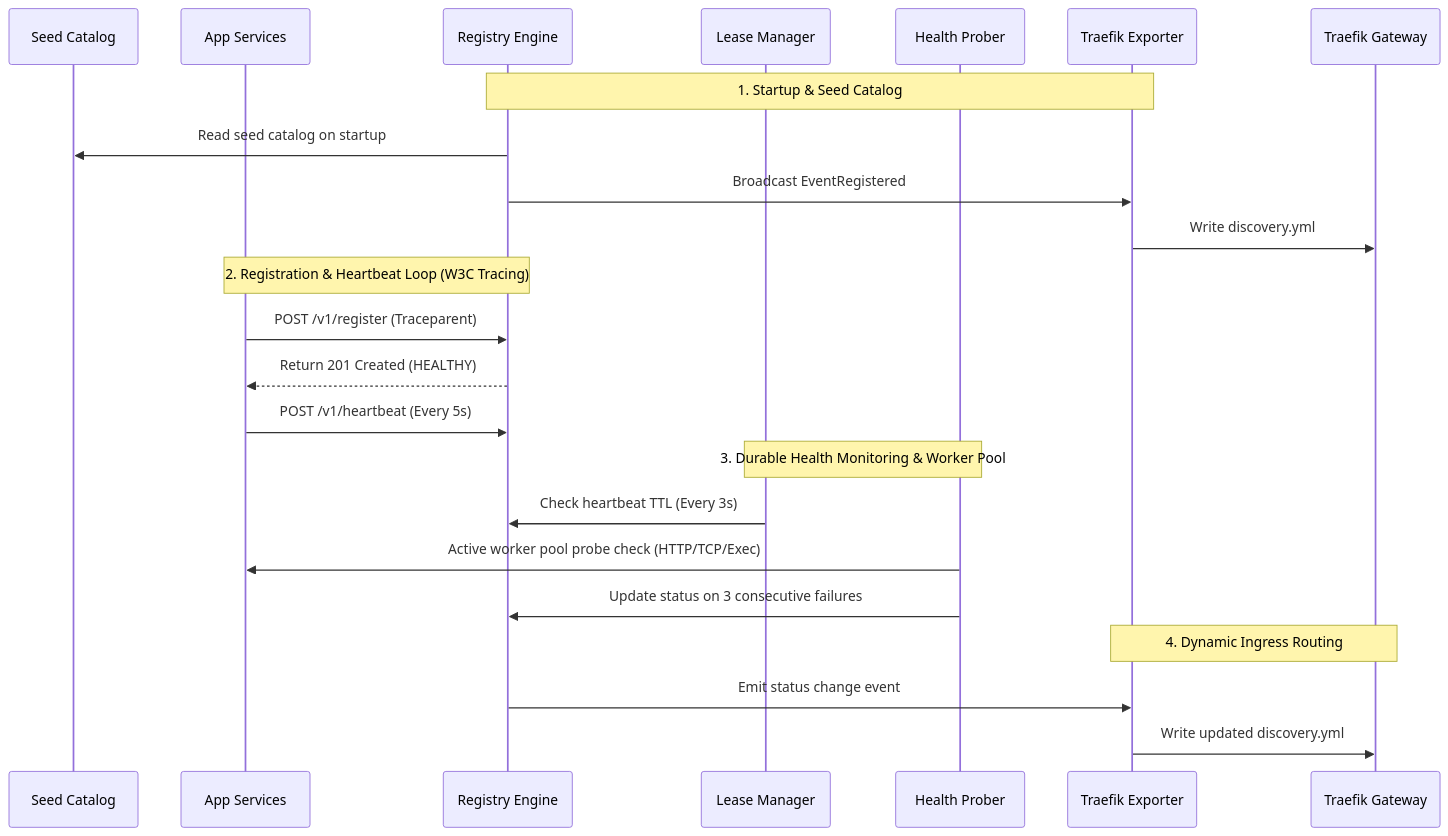
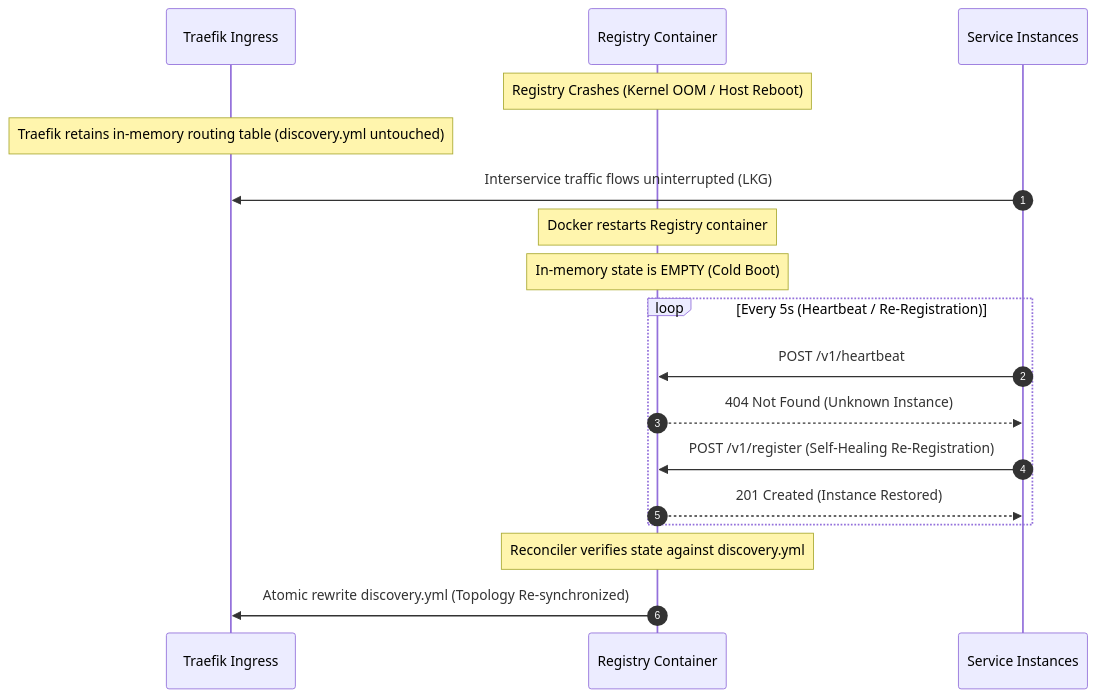
One commit to Chief-Strategist-J/llm-observability-platform changed the fifth of 6 diagrams in packages/configs/llm-obs-infra/docs/architectureDoc/adr-0009-service-registry-and-discovery.md. Above: the diagram before and after it, drawn with Mermaid. The commit also changed other lines of this file and 20 other files, not shown here.

First line of the commit message:
feat(infra): refactor ADR-0009 to v3.0.0 and harden service discovery control plane

````diff
--- a/packages/configs/llm-obs-infra/docs/architectureDoc/adr-0009-service-registry-and-discovery.md
+++ b/packages/configs/llm-obs-infra/docs/architectureDoc/adr-0009-service-registry-and-discovery.md
@@ -169,29 +219,24 @@
 ```mermaid
 sequenceDiagram
-    participant Catalog as Seed Catalog
-    participant App as App Services
-    participant Reg as Registry Engine
-    participant Lease as Lease Manager
-    participant Probe as Health Prober
-    participant Exporter as Traefik Exporter
-    participant Traefik as Traefik Gateway
+    autonumber
+    participant Traefik as Traefik Ingress
+    participant Reg as Registry Container
+    participant App as Service Instances
 
-    Note over Reg, Exporter: 1. Startup & Seed Catalog
-    Reg->>Catalog: Read seed catalog on startup
-    Reg->>Exporter: Broadcast EventRegistered
-    Exporter->>Traefik: Write discovery.yml
+    Note over Reg: Registry Crashes (Kernel OOM / Host Reboot)
+    Note over Traefik: Traefik retains in-memory routing table (discovery.yml untouched)
+    App->>Traefik: Interservice traffic flows uninterrupted (LKG)
 
-    Note over App, Reg: 2. Registration & Heartbeat Loop (W3C Tracing)
-    App->>Reg: POST /v1/register (Traceparent)
-    Reg-->>App: Return 201 Created (HEALTHY)
-    App->>Reg: POST /v1/heartbeat (Every 5s)
+    Note over Reg: Docker restarts Registry container
+    Note over Reg: In-memory state is EMPTY (Cold Boot)
+    
+    loop Every 5s (Heartbeat / Re-Registration)
+        App->>Reg: POST /v1/heartbeat
+        Reg-->>App: 404 Not Found (Unknown Instance)
+        App->>Reg: POST /v1/register (Self-Healing Re-Registration)
+        Reg-->>App: 201 Created (Instance Restored)
+    end
 
-    Note over Lease, Probe: 3. Durable Health Monitoring & Worker Pool
-    Lease->>Reg: Check heartbeat TTL (Every 3s)
-    Probe->>App: Active worker pool probe check (HTTP/TCP/Exec)
-    Probe->>Reg: Update status on 3 consecutive failures
-
-    Note over Exporter, Traefik: 4. Dynamic Ingress Routing
-    Reg->>Exporter: Emit status change event
-    Exporter->>Traefik: Write updated discovery.yml
+    Note over Reg: Reconciler verifies state against discovery.yml
+    Reg->>Traefik: Atomic rewrite discovery.yml (Topology Re-synchronized)
 ```
````
